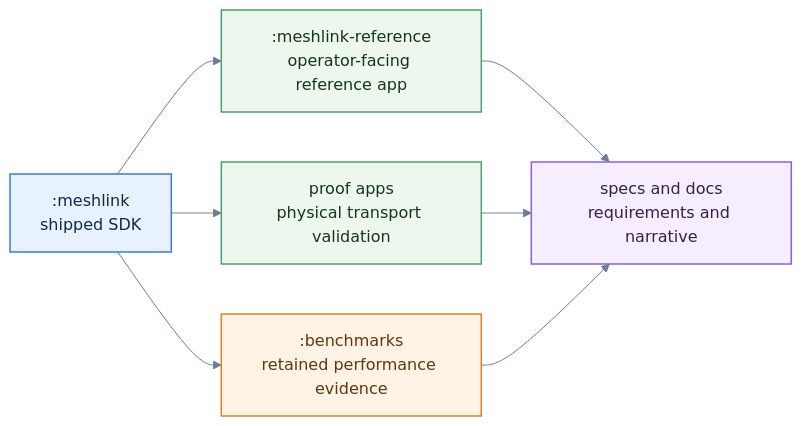
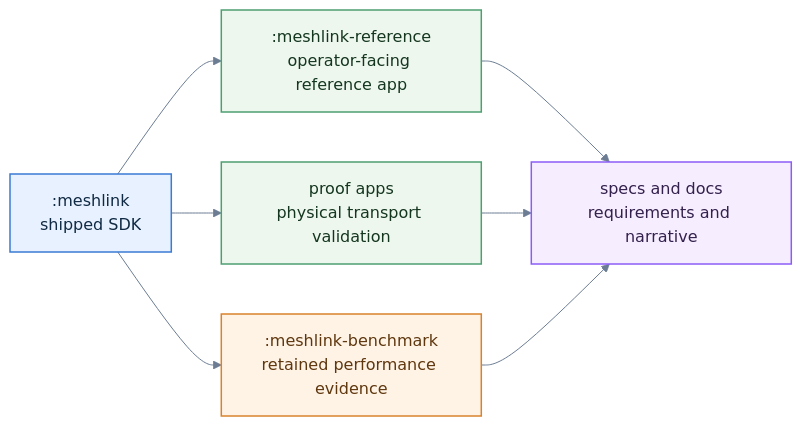
Before and after one commit to trancee/MeshLink: the first of 4 diagrams in docs/explanation/about-the-repository-architecture.md, drawn with Mermaid. The commit also changed 41 other files, not shown here.

First line of the commit message:
feat(benchmarks): rename to meshlink-benchmark and add fleet tooling

````diff
--- a/docs/explanation/about-the-repository-architecture.md
+++ b/docs/explanation/about-the-repository-architecture.md
@@ -35,25 +35,25 @@
 ```mermaid
 %%{init: {"theme": "base", "themeVariables": {"background": "#ffffff", "primaryColor": "#E8F1FF", "primaryBorderColor": "#3A7BD5", "primaryTextColor": "#102A43", "lineColor": "#6B7C93", "secondaryColor": "#EEF7EE", "tertiaryColor": "#FFF3E6", "clusterBkg": "#F8FAFC", "clusterBorder": "#B8C4D6", "fontFamily": "Inter, ui-sans-serif, system-ui"}}}%%
 flowchart LR
     SDK[":meshlink<br/>shipped SDK"]
     Ref[":meshlink-reference<br/>operator-facing reference app"]
     Proof["proof apps<br/>physical transport validation"]
-    Bench[":benchmarks<br/>retained performance evidence"]
+    Bench[":meshlink-benchmark<br/>retained performance evidence"]
     Specs["specs and docs<br/>requirements and narrative"]
 
     SDK --> Ref
     SDK --> Proof
     SDK --> Bench
     Ref --> Specs
     Proof --> Specs
     Bench --> Specs
 
     classDef core fill:#E8F1FF,stroke:#3A7BD5,color:#102A43,stroke-width:1.5px;
     classDef eval fill:#EEF7EE,stroke:#4D9F70,color:#14361F,stroke-width:1.5px;
     classDef evidence fill:#FFF3E6,stroke:#D9822B,color:#5F370E,stroke-width:1.5px;
     classDef docs fill:#F6EEFF,stroke:#8B5CF6,color:#33204D,stroke-width:1.5px;
     class SDK core;
     class Ref,Proof eval;
     class Bench evidence;
     class Specs docs;
 ```
````
